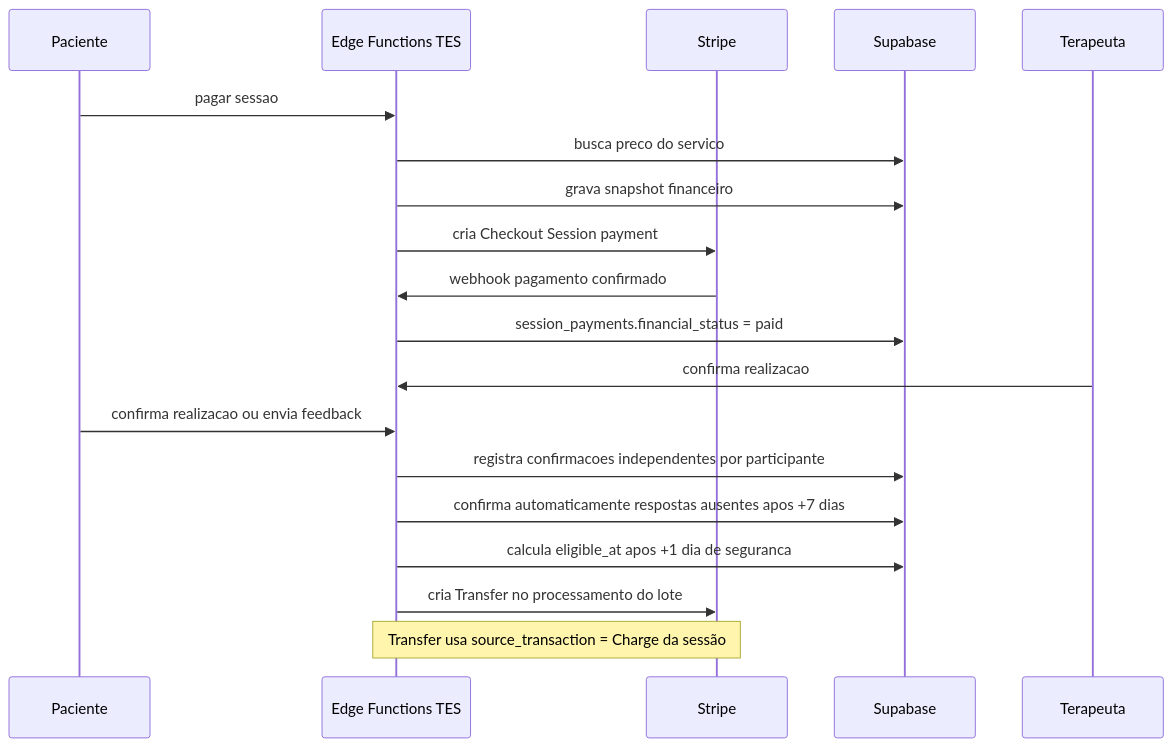
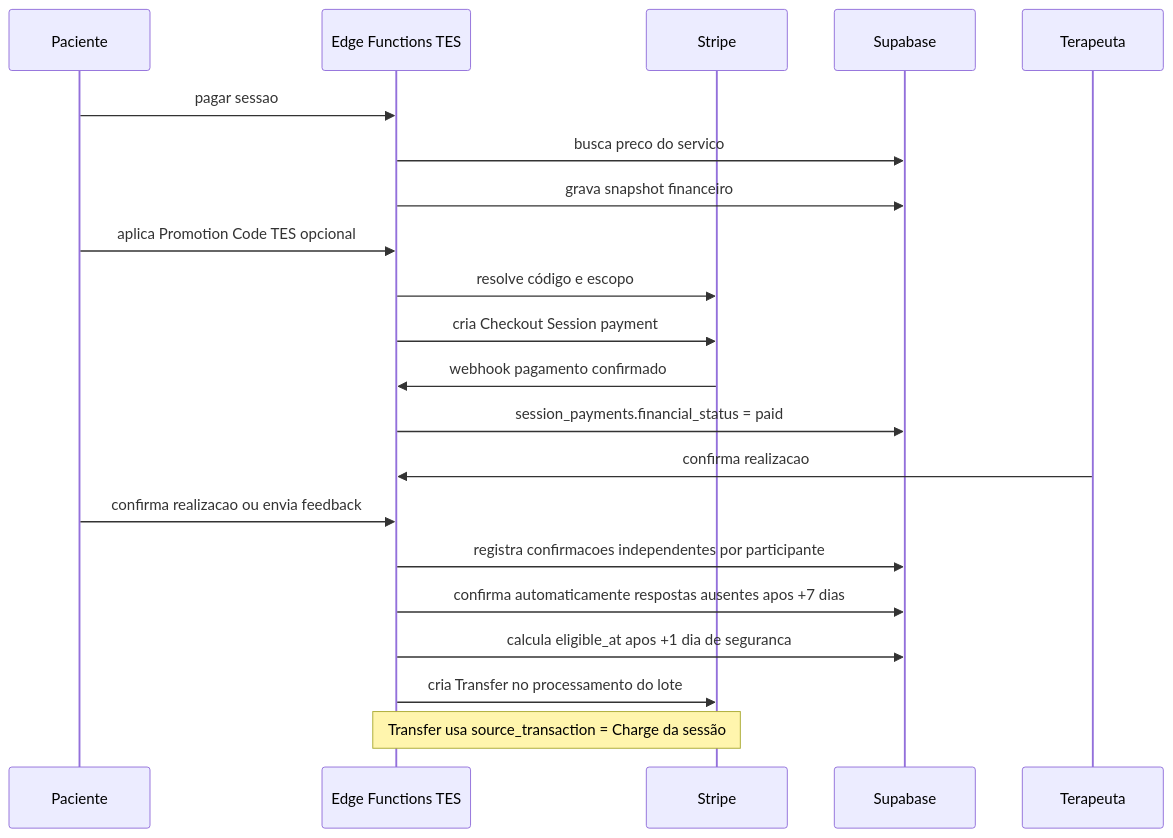
The second of 2 diagrams in docs/payments/architecture.md (projetos-eba/terapeuta-eu-sou), drawn with Mermaid before and after one commit. The commit also changed other lines of this file and 29 other files, not shown here.

````diff
--- a/docs/payments/architecture.md
+++ b/docs/payments/architecture.md
@@ -177,22 +195,24 @@
 ```mermaid
 sequenceDiagram
   participant P as Paciente
   participant TES as Edge Functions TES
   participant S as Stripe
   participant DB as Supabase
   participant T as Terapeuta
 
   P->>TES: pagar sessao
   TES->>DB: busca preco do servico
   TES->>DB: grava snapshot financeiro
+  P->>TES: aplica Promotion Code TES opcional
+  TES->>S: resolve código e escopo
   TES->>S: cria Checkout Session payment
   S->>TES: webhook pagamento confirmado
   TES->>DB: session_payments.financial_status = paid
   T->>TES: confirma realizacao
   P->>TES: confirma realizacao ou envia feedback
   TES->>DB: registra confirmacoes independentes por participante
   TES->>DB: confirma automaticamente respostas ausentes apos +7 dias
   TES->>DB: calcula eligible_at apos +1 dia de seguranca
   TES->>S: cria Transfer no processamento do lote
   Note over TES,S: Transfer usa source_transaction = Charge da sessão
 ```
````
